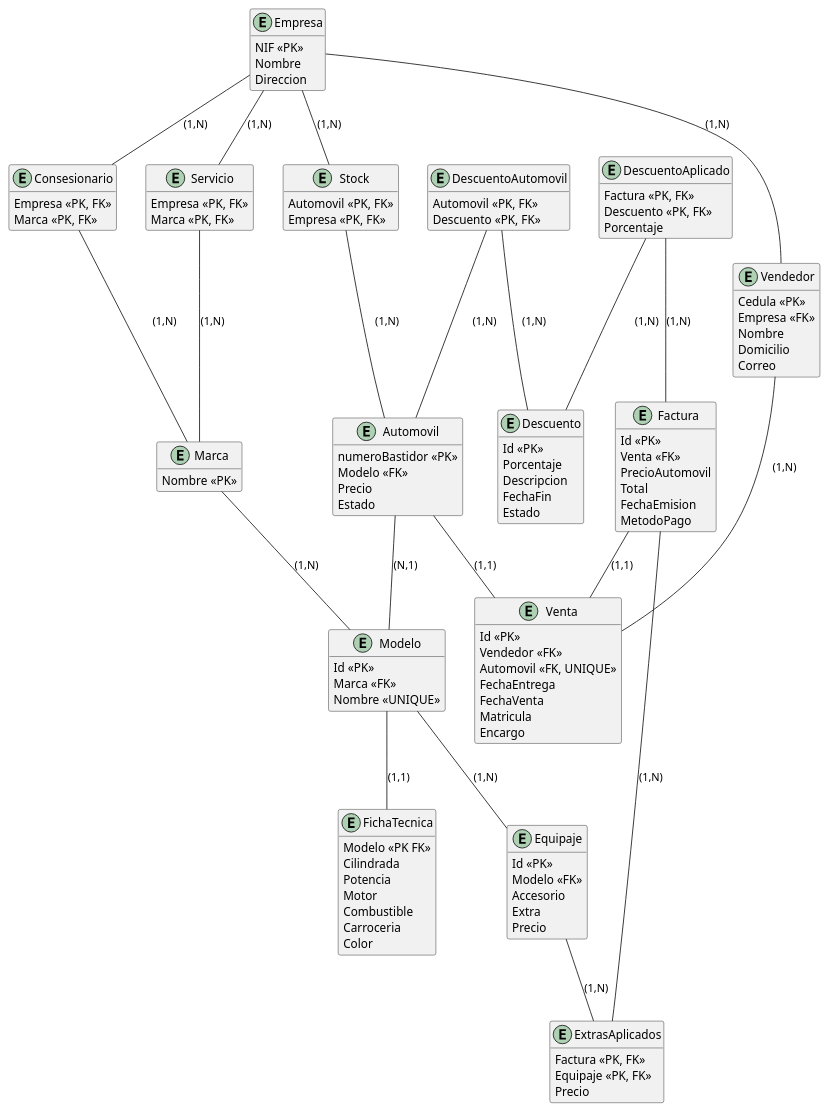
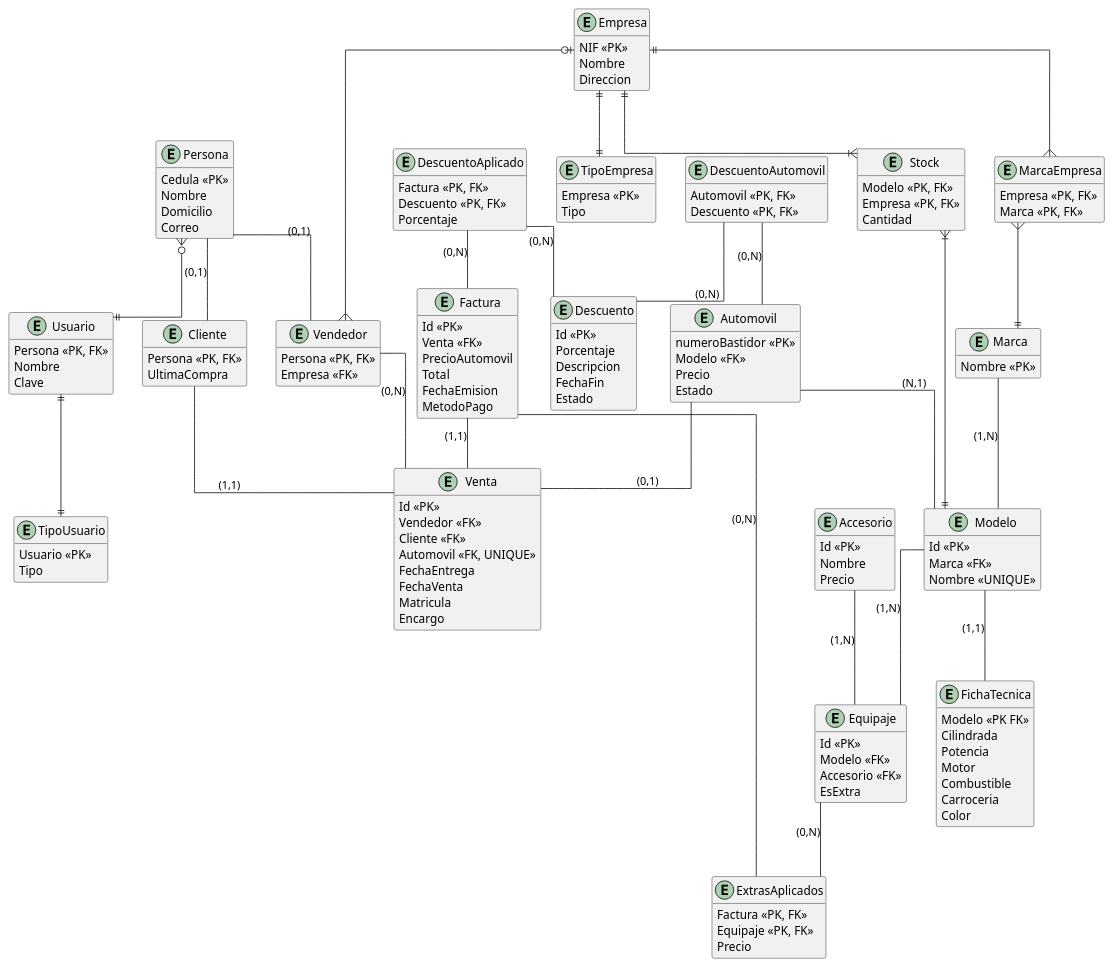
Before and after one commit to DraakoDev/Kabazaru: the diagram in diagrama_entidad_relacion.puml, drawn with PlantUML. The commit also changed 2 other files, not shown here.

Commit message:
Docs: Script SQL, Diagrama ER v2

```diff
--- a/diagrama_entidad_relacion.puml
+++ b/diagrama_entidad_relacion.puml
@@ -1,134 +1,189 @@
 @startuml DiagramaEntidadRelacion
 
+skinparam linetype ortho
+
+together {
+  entity Empresa
+  entity TipoEmpresa
+}
+
+together {
+  entity Persona
+  entity Usuario
+  entity TipoUsuario
+  entity Vendedor
+  entity Cliente
+}
+
+together {
+  entity Marca
+  entity Modelo
+  entity FichaTecnica
+  entity Equipaje
+  entity Accesorio
+}
+
+entity Persona {
+  Cedula <<PK>>
+  Nombre
+  Domicilio
+  Correo
+}
+
+entity Usuario {
+  Persona <<PK, FK>>
+  Nombre
+  Clave
+}
+
+entity TipoUsuario {
+  Usuario <<PK>>
+  Tipo
+}
+
+entity Vendedor {
+  Persona <<PK, FK>>
+  Empresa <<FK>>
+}
+
+entity Cliente {
+  Persona <<PK, FK>>
+  UltimaCompra
+}
+
 entity Stock{
-  Automovil <<PK, FK>>
+  Modelo <<PK, FK>>
   Empresa <<PK, FK>>
+  Cantidad  
 }
 
 entity Automovil {
   numeroBastidor <<PK>>
   Modelo <<FK>>
   Precio
   Estado
 }
 
 entity Descuento { 
   Id <<PK>>
   Porcentaje
   Descripcion
   FechaFin
   Estado
 }
 
 entity Marca {
   Nombre <<PK>>
 }
 
 entity Modelo {
   Id <<PK>>
   Marca <<FK>> 
   Nombre <<UNIQUE>>
 }
 
 entity Equipaje {
   Id <<PK>>
   Modelo <<FK>>
-  Accesorio
-  Extra
-  Precio
-}
-
-entity Vendedor {
-  Cedula <<PK>>
-  Empresa <<FK>>
-  Nombre
-  Domicilio
-  Correo
+  Accesorio <<FK>>
+  EsExtra
 }
 
 entity Venta {
   Id <<PK>>
   Vendedor <<FK>>
+  Cliente <<FK>>
   Automovil <<FK, UNIQUE>>
   FechaEntrega
   FechaVenta
   Matricula
   Encargo
 }
 
 entity Factura {
   Id <<PK>>
   Venta <<FK>>
   PrecioAutomovil
   Total
   FechaEmision
   MetodoPago
+}
+
+entity Accesorio {
+  Id <<PK>>
+  Nombre
+  Precio
 }
 
 entity ExtrasAplicados {
   Factura <<PK, FK>>
   Equipaje <<PK, FK>>
   Precio
 }
 
 entity DescuentoAplicado {
   Factura <<PK, FK>>
   Descuento <<PK, FK>>
   Porcentaje
 }
 
 entity FichaTecnica {
   Modelo <<PK FK>>
   Cilindrada
   Potencia
   Motor
   Combustible
   Carroceria
   Color
 }
 
 entity Empresa {
   NIF <<PK>>
   Nombre
   Direccion
 }
 
-entity Consesionario {
-  Empresa <<PK, FK>>
-  Marca <<PK, FK>>
+entity TipoEmpresa {
+  Empresa <<PK>>
+  Tipo
 }
 
-entity Servicio {
-  Empresa <<PK, FK>>
-  Marca <<PK, FK>>
+entity MarcaEmpresa {
+   Empresa <<PK, FK>>
+   Marca <<PK, FK>>
 }
 
 entity DescuentoAutomovil {
   Automovil <<PK, FK>>
   Descuento <<PK, FK>>
 }
 
 hide methods
 
-Empresa -- Stock: (1,N)
-Empresa -- Vendedor: (1,N)
-Empresa -- Consesionario: (1,N)
-Empresa -- Servicio: (1,N)
-Automovil -up- Stock: (1,N)
-Automovil -- Venta: (1,1)
+Empresa ||--|{ Stock
+Empresa |o--{ Vendedor
+Empresa ||--|| TipoEmpresa
+Empresa ||--{ MarcaEmpresa
+Stock }|--|| Modelo
+Automovil -- Venta: (0,1)
 Automovil -- Modelo: (N,1)
 Modelo -- Equipaje: (1,N)
 Modelo -- FichaTecnica: (1,1)
-Vendedor -- Venta: (1,N)
-Consesionario -- Marca: (1,N)
-Servicio -- Marca: (1,N)
+Vendedor -- Venta: (0,N)
+MarcaEmpresa }--|| Marca
 Marca -- Modelo: (1,N)
 Factura -- Venta: (1,1)
-Factura -- ExtrasAplicados: (1,N)
-Equipaje -- ExtrasAplicados: (1,N)
-DescuentoAplicado -- Factura: (1,N)
-DescuentoAplicado -- Descuento: (1,N)
-DescuentoAutomovil -- Automovil: (1,N)
-DescuentoAutomovil -- Descuento: (1,N)
+Factura -- ExtrasAplicados: (0,N)
+Equipaje -- ExtrasAplicados: (0,N)
+DescuentoAplicado -- Factura: (0,N)
+DescuentoAplicado -- Descuento: (0,N)
+DescuentoAutomovil -- Automovil: (0,N)
+DescuentoAutomovil -- Descuento: (0,N)
+Persona }o--|| Usuario
+Usuario ||--|| TipoUsuario
+Persona -- Vendedor: (0,1)
+Persona -- Cliente: (0,1)
+Venta -- Cliente: (1,1)
+Accesorio -- Equipaje: (1,N)
 
 @enduml
```
